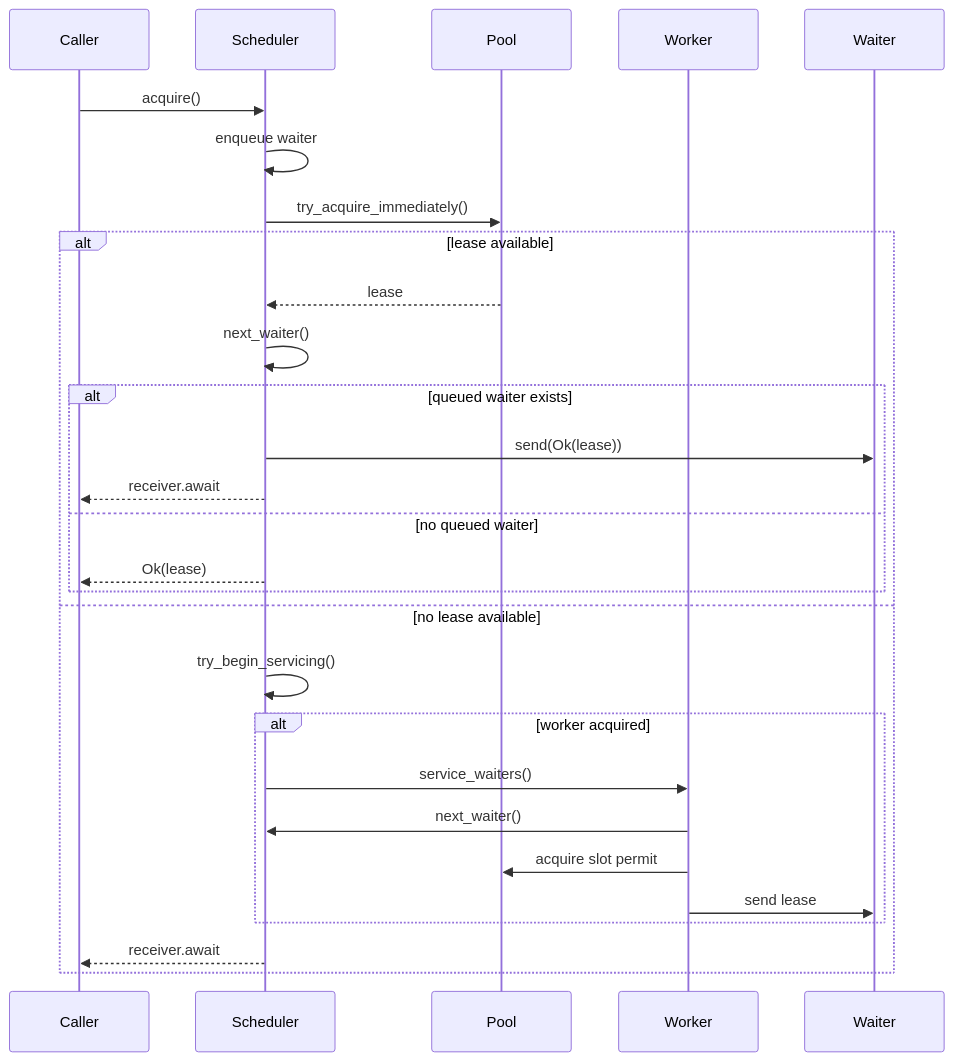
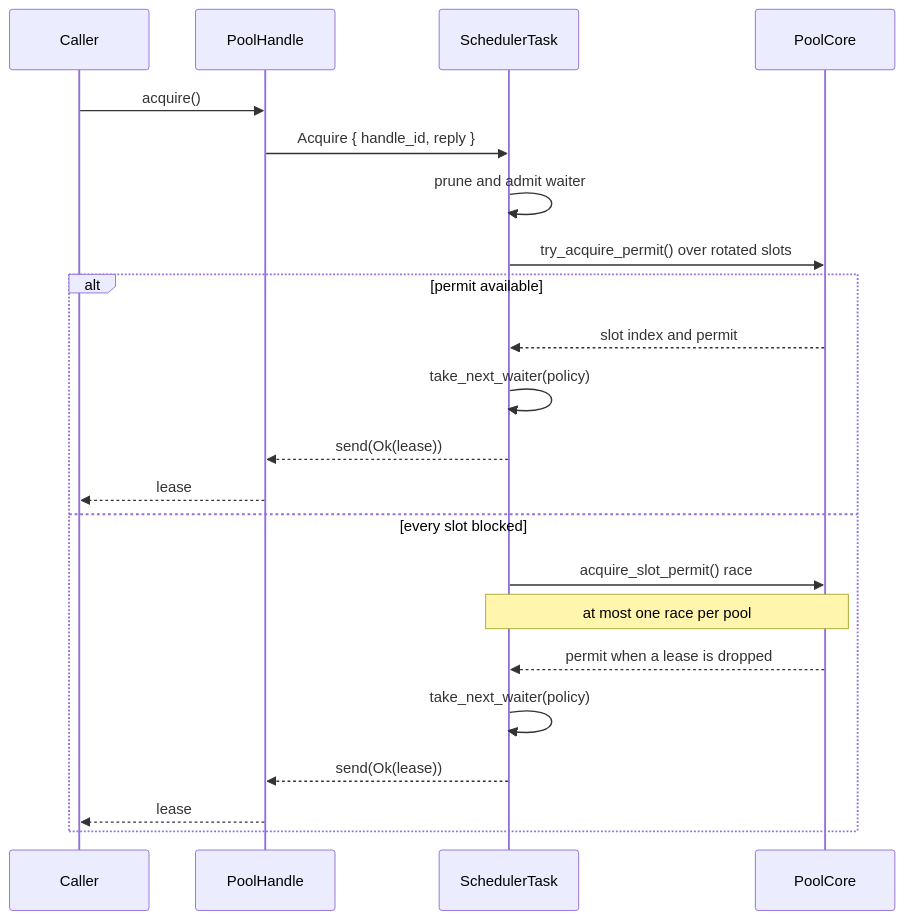
The third of 5 diagrams in docs/wireframe-client-design.md (leynos/wireframe), drawn with Mermaid before and after one commit. The commit also changed other lines of this file and 36 other files, not shown here.

First line of the commit message:
Replace spawn-on-demand pool servicing with a persistent scheduler actor (#647) (#846)

````diff
--- a/docs/wireframe-client-design.md
+++ b/docs/wireframe-client-design.md
@@ -621,31 +628,25 @@
 ```mermaid
 sequenceDiagram
     participant Caller
-    participant Scheduler
-    participant Pool
-    participant Worker
-    participant Waiter
+    participant Handle as PoolHandle
+    participant Task as SchedulerTask
+    participant Core as PoolCore
 
-    Caller->>Scheduler: acquire()
-    Scheduler->>Scheduler: enqueue waiter
-    Scheduler->>Pool: try_acquire_immediately()
-    alt lease available
-        Pool-->>Scheduler: lease
-        Scheduler->>Scheduler: next_waiter()
-        alt queued waiter exists
-            Scheduler->>Waiter: send(Ok(lease))
-            Scheduler-->>Caller: receiver.await
-        else no queued waiter
-            Scheduler-->>Caller: Ok(lease)
-        end
-    else no lease available
-        Scheduler->>Scheduler: try_begin_servicing()
-        alt worker acquired
-            Scheduler->>Worker: service_waiters()
-            Worker->>Scheduler: next_waiter()
-            Worker->>Pool: acquire slot permit
-            Worker->>Waiter: send lease
-        end
-        Scheduler-->>Caller: receiver.await
+    Caller->>Handle: acquire()
+    Handle->>Task: Acquire { handle_id, reply }
+    Task->>Task: prune and admit waiter
+    Task->>Core: try_acquire_permit() over rotated slots
+    alt permit available
+        Core-->>Task: slot index and permit
+        Task->>Task: take_next_waiter(policy)
+        Task-->>Handle: send(Ok(lease))
+        Handle-->>Caller: lease
+    else every slot blocked
+        Task->>Core: acquire_slot_permit() race
+        Note over Task,Core: at most one race per pool
+        Core-->>Task: permit when a lease is dropped
+        Task->>Task: take_next_waiter(policy)
+        Task-->>Handle: send(Ok(lease))
+        Handle-->>Caller: lease
     end
 ```
````
